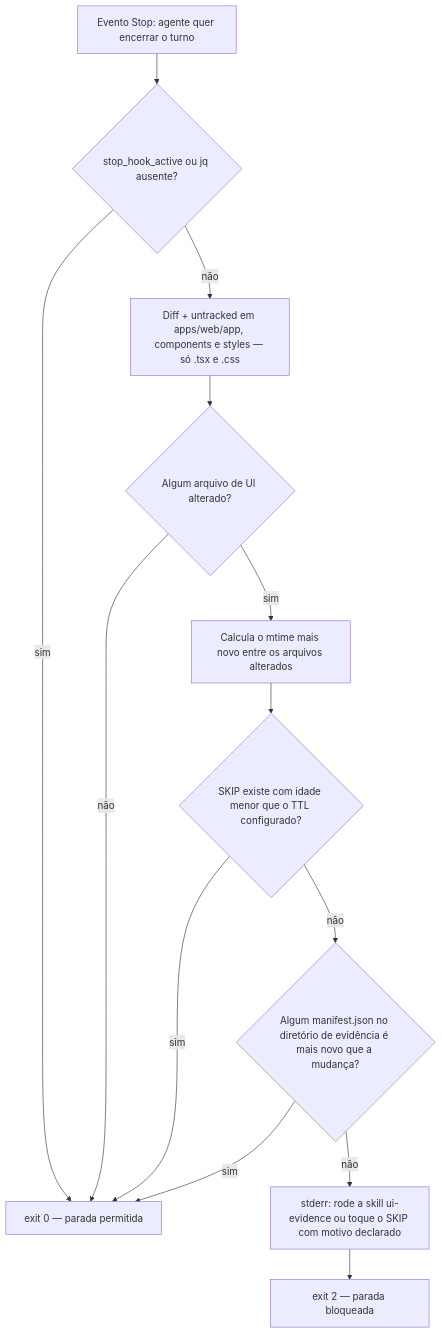
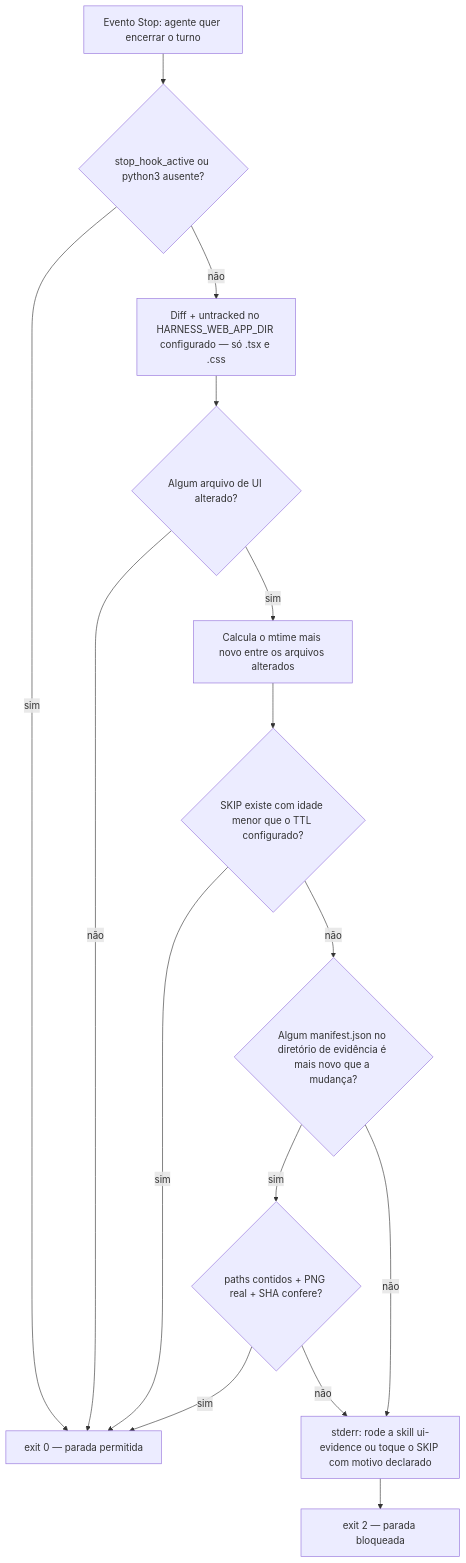
One commit to gutocarollo/orions-belt changed the second of 3 diagrams in docs/manual/06-stop-gates.md. Above: the diagram before and after it, drawn with Mermaid. The commit also changed other lines of this file and 59 other files, not shown here.

````diff
--- a/docs/manual/06-stop-gates.md
+++ b/docs/manual/06-stop-gates.md
@@ -43,15 +47,17 @@
 ```mermaid
 flowchart TD
-    A["Evento Stop: agente quer encerrar o turno"] --> B{"stop_hook_active ou jq ausente?"}
+    A["Evento Stop: agente quer encerrar o turno"] --> B{"stop_hook_active ou python3 ausente?"}
     B -- "sim" --> Z["exit 0 — parada permitida"]
-    B -- "não" --> C["Diff + untracked em apps/web/app, components e styles — só .tsx e .css"]
+    B -- "não" --> C["Diff + untracked no HARNESS_WEB_APP_DIR configurado — só .tsx e .css"]
     C --> D{"Algum arquivo de UI alterado?"}
     D -- "não" --> Z
     D -- "sim" --> E["Calcula o mtime mais novo entre os arquivos alterados"]
     E --> F{"SKIP existe com idade menor que o TTL configurado?"}
     F -- "sim" --> Z
     F -- "não" --> G{"Algum manifest.json no diretório de evidência é mais novo que a mudança?"}
-    G -- "sim" --> Z
+    G -- "sim" --> V{"paths contidos + PNG real + SHA confere?"}
+    V -- "sim" --> Z
+    V -- "não" --> H
     G -- "não" --> H["stderr: rode a skill ui-evidence ou toque o SKIP com motivo declarado"]
     H --> I["exit 2 — parada bloqueada"]
 ```
````
